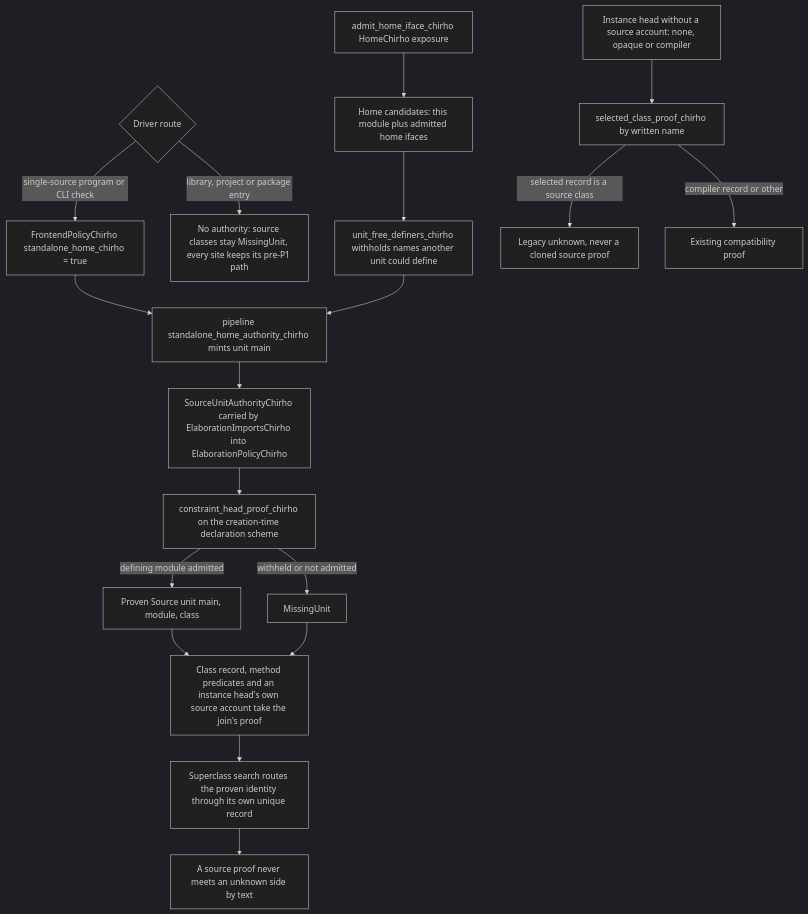
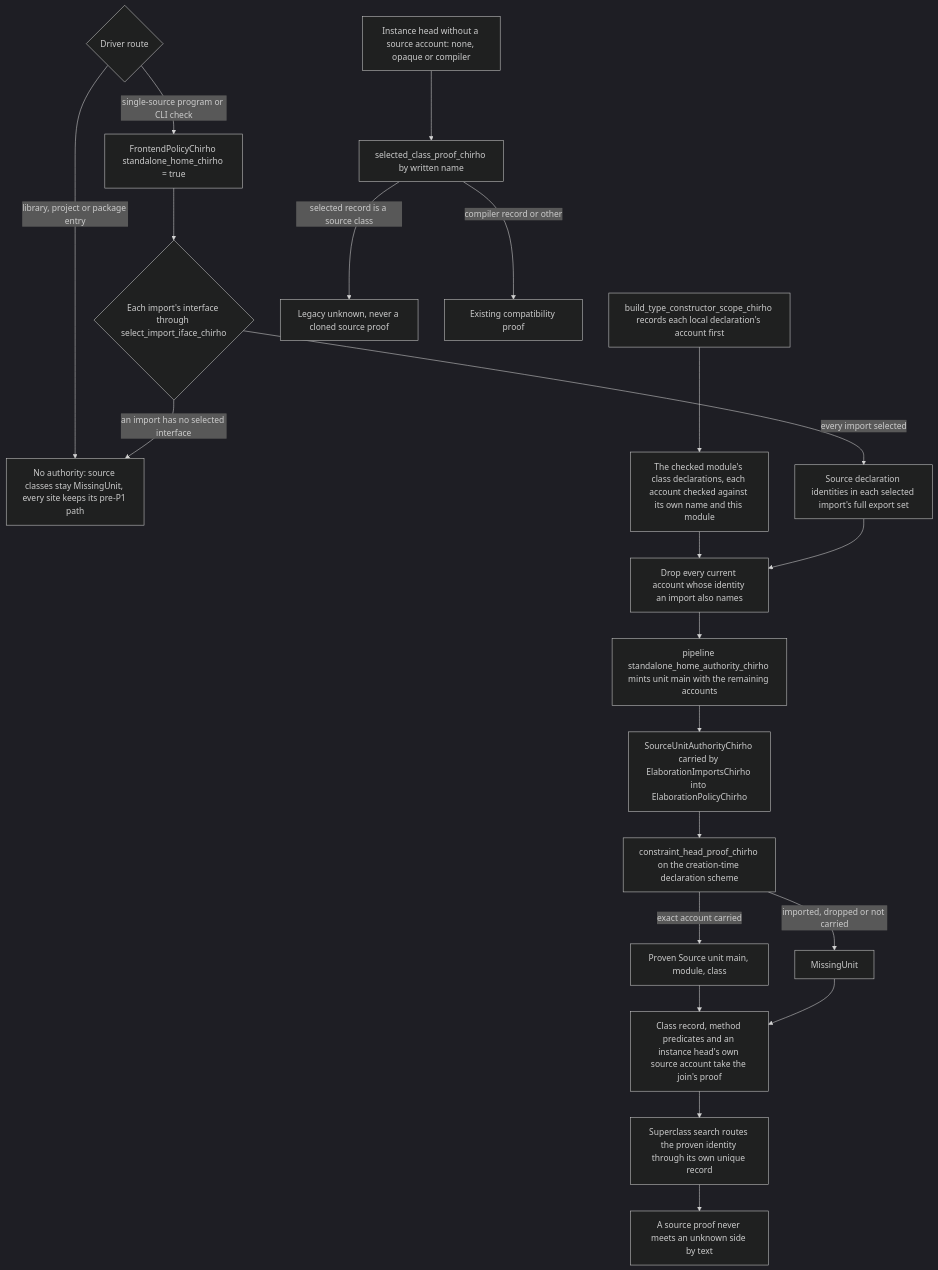
Before and after one commit to loveJesus/haskelujah-chirho: diagram 21 of 21 in spec-chirho/workflows-chirho/language-features-chirho/dictionary-evidence-chirho.md, drawn with Mermaid (dark theme). The commit also changed other lines of this file and 7 other files, not shown here.

````diff
--- a/spec-chirho/workflows-chirho/language-features-chirho/dictionary-evidence-chirho.md
+++ b/spec-chirho/workflows-chirho/language-features-chirho/dictionary-evidence-chirho.md
@@ -1199,20 +1199,23 @@
 ```mermaid
 flowchart TD
     route_chirho{Driver route} -- single-source program or CLI check --> flag_chirho[FrontendPolicyChirho standalone_home_chirho = true]
     route_chirho -- library, project or package entry --> none_chirho[No authority: source classes stay MissingUnit, every site keeps its pre-P1 path]
-    flag_chirho --> mint_chirho[pipeline standalone_home_authority_chirho mints unit main]
-    admit_chirho[admit_home_iface_chirho HomeChirho exposure] --> members_chirho[Home candidates: this module plus admitted home ifaces]
-    members_chirho --> withhold_chirho[unit_free_definers_chirho withholds names another unit could define]
-    withhold_chirho --> mint_chirho
+    flag_chirho --> imports_chirho{Each import's interface through select_import_iface_chirho}
+    imports_chirho -- an import has no selected interface --> none_chirho
+    imports_chirho -- every import selected --> exported_chirho[Source declaration identities in each selected import's full export set]
+    scope_chirho[build_type_constructor_scope_chirho records each local declaration's account first] --> current_chirho[The checked module's class declarations, each account checked against its own name and this module]
+    current_chirho --> drop_chirho[Drop every current account whose identity an import also names]
+    exported_chirho --> drop_chirho
+    drop_chirho --> mint_chirho[pipeline standalone_home_authority_chirho mints unit main with the remaining accounts]
     mint_chirho --> carrier_chirho[SourceUnitAuthorityChirho carried by ElaborationImportsChirho into ElaborationPolicyChirho]
     carrier_chirho --> join_chirho[constraint_head_proof_chirho on the creation-time declaration scheme]
-    join_chirho -- defining module admitted --> source_chirho[Proven Source unit main, module, class]
-    join_chirho -- withheld or not admitted --> missing_chirho[MissingUnit]
+    join_chirho -- exact account carried --> source_chirho[Proven Source unit main, module, class]
+    join_chirho -- imported, dropped or not carried --> missing_chirho[MissingUnit]
     source_chirho --> sites_chirho[Class record, method predicates and an instance head's own source account take the join's proof]
     missing_chirho --> sites_chirho
     bare_chirho[Instance head without a source account: none, opaque or compiler] --> selected_chirho[selected_class_proof_chirho by written name]
     selected_chirho -- selected record is a source class --> legacy_chirho[Legacy unknown, never a cloned source proof]
     selected_chirho -- compiler record or other --> kept_chirho[Existing compatibility proof]
     sites_chirho --> search_chirho[Superclass search routes the proven identity through its own unique record]
     search_chirho --> unknown_chirho[A source proof never meets an unknown side by text]
 ```
````
